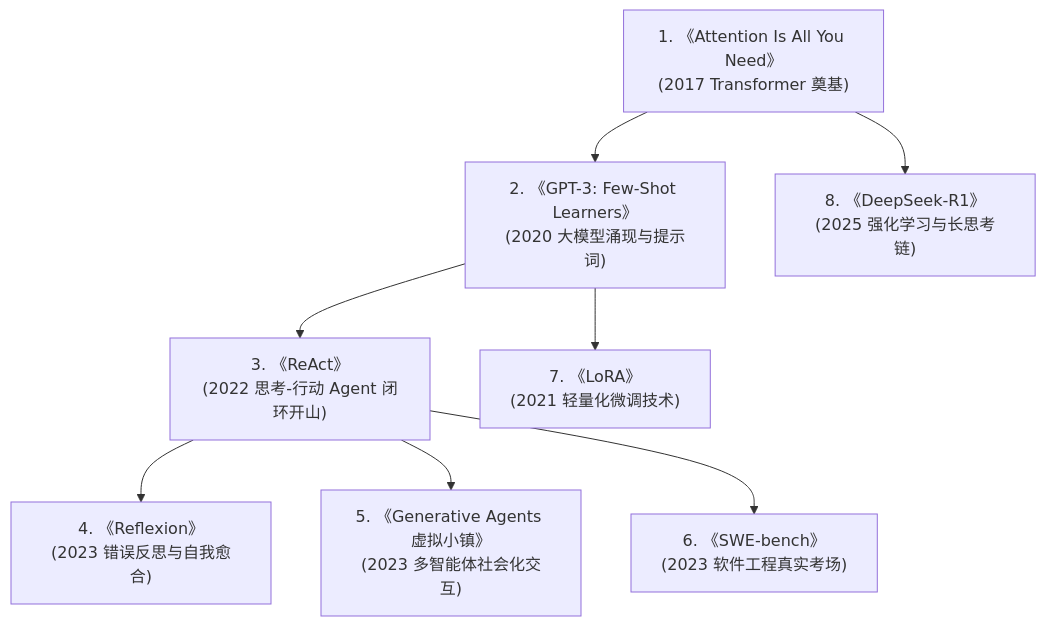
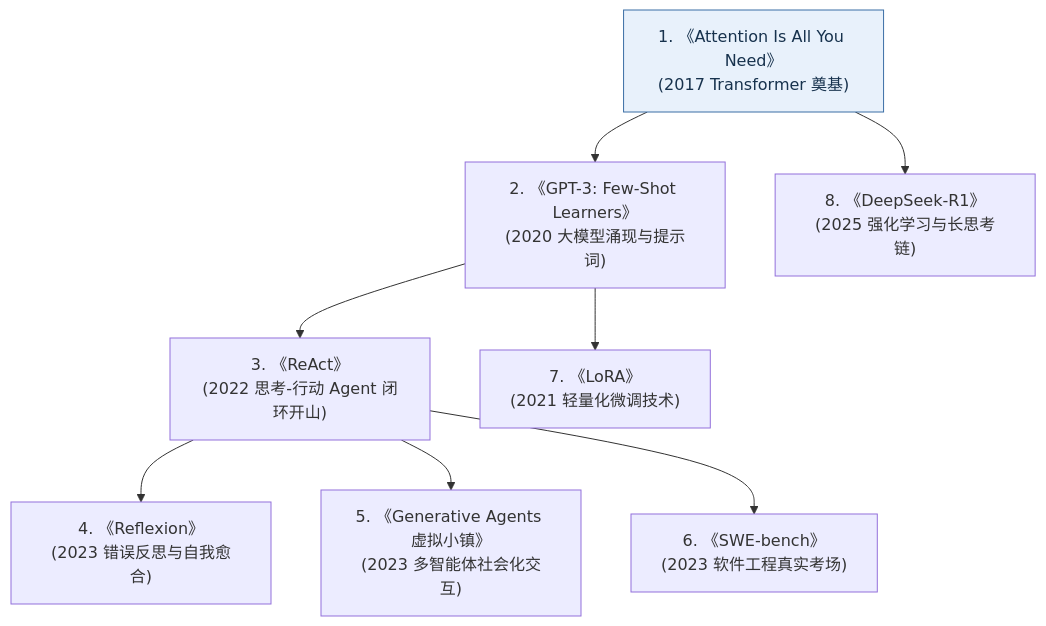
One commit to buffer121328/vibe-coding-and-agents changed the diagram in 02_概念扫盲/img/diagrams/13-diagram-01.mmd. Above: the diagram before and after it, drawn with Mermaid. The commit also changed 168 other files, not shown here.

```diff
--- a/02_概念扫盲/img/diagrams/13-diagram-01.mmd
+++ b/02_概念扫盲/img/diagrams/13-diagram-01.mmd
@@ -1,8 +1,11 @@
 graph TD
     P1["1. 《Attention Is All You Need》\n(2017 Transformer 奠基)"] --> P2["2. 《GPT-3: Few-Shot Learners》\n(2020 大模型涌现与提示词)"]
     P2 --> P3["3. 《ReAct》\n(2022 思考-行动 Agent 闭环开山)"]
     P3 --> P4["4. 《Reflexion》\n(2023 错误反思与自我愈合)"]
     P3 --> P5["5. 《Generative Agents 虚拟小镇》\n(2023 多智能体社会化交互)"]
     P3 --> P6["6. 《SWE-bench》\n(2023 软件工程真实考场)"]
     P2 --> P7["7. 《LoRA》\n(2021 轻量化微调技术)"]
     P1 --> P8["8. 《DeepSeek-R1》\n(2025 强化学习与长思考链)"]
+
+%% Academic palette: restrained blue, teal, gold, violet, and coral accents.
+style P1 fill:#E8F1FB,stroke:#3A6EA5,color:#17324D
```
